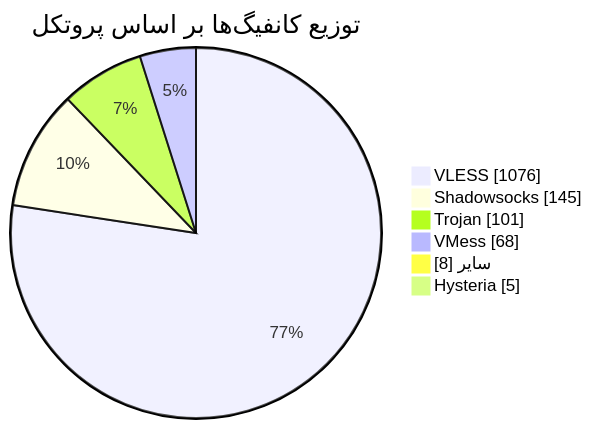
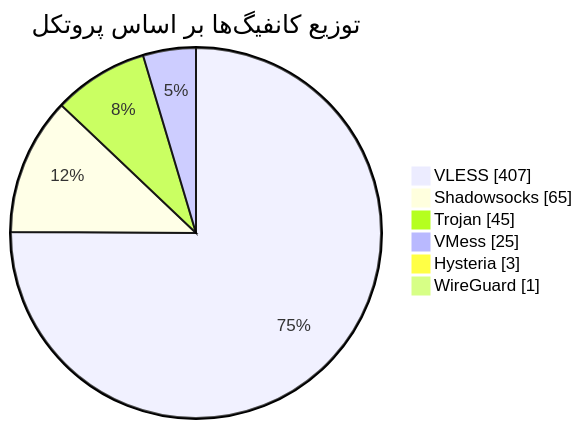
Before and after one commit to Arian-Alijani/Somthing: the diagram in README.md, drawn with Mermaid. The commit also changed other lines of this file and 115 other files, not shown here.

````diff
--- a/README.md
+++ b/README.md
@@ -48,10 +48,10 @@
 ```mermaid
 pie showData
     title توزیع کانفیگ‌ها بر اساس پروتکل
-    "VLESS" : 1076
-    "Shadowsocks" : 145
-    "Trojan" : 101
-    "VMess" : 68
-    "سایر" : 8
-    "Hysteria" : 5
+    "VLESS" : 407
+    "Shadowsocks" : 65
+    "Trojan" : 45
+    "VMess" : 25
+    "Hysteria" : 3
+    "WireGuard" : 1
 ```
````
